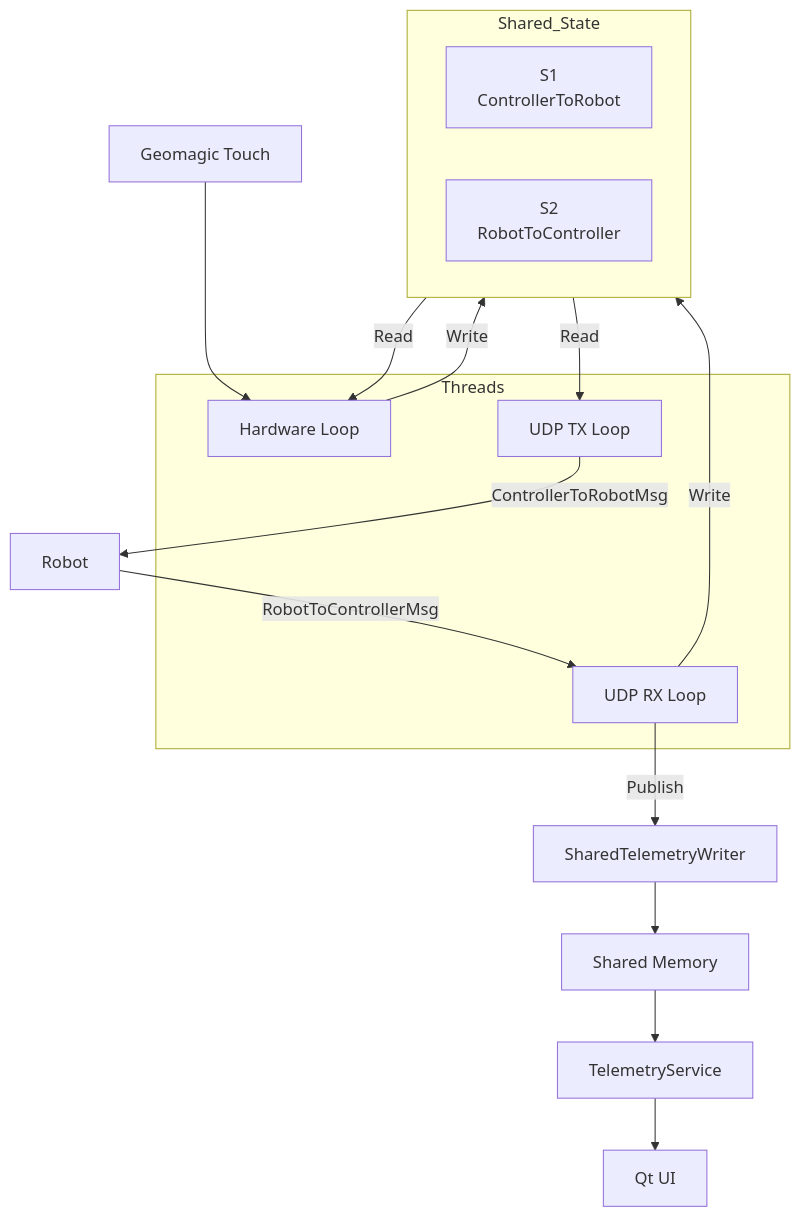
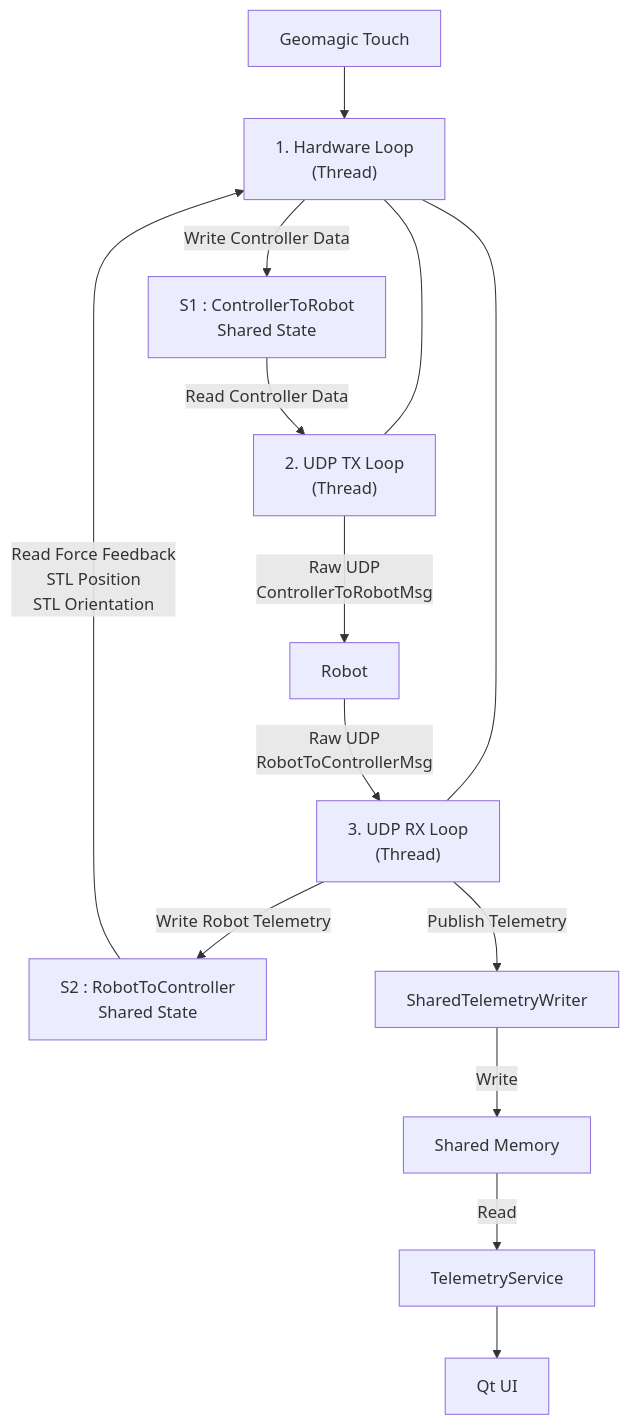
Before and after one commit to saranyas-creator/TeleRobotics-Command: the second of 2 diagrams in teleop.md, drawn with Mermaid. The commit also changed other lines of this file, not shown here.

````diff
--- a/teleop.md
+++ b/teleop.md
@@ -69,39 +64,44 @@
 ```mermaid
 flowchart TB
 
+    %% External Components
     J[Geomagic Touch]
-
-    subgraph Threads
-        H["Hardware Loop"]
-        TX["UDP TX Loop"]
-        RX["UDP RX Loop"]
-    end
-
-    subgraph Shared_State
-        direction LR
-        S1["S1<br/>ControllerToRobot"]
-        S2["S2<br/>RobotToController"]
-    end
-
     R[Robot]
 
+    %% Threads
+    H["1. Hardware Loop<br/>(Thread)"]
+    TX["2. UDP TX Loop<br/>(Thread)"]
+    RX["3. UDP RX Loop<br/>(Thread)"]
+
+    %% Shared States
+    S1["S1 : ControllerToRobot<br/>Shared State"]
+    S2["S2 : RobotToController<br/>Shared State"]
+
+    %% Shared Memory
     STW["SharedTelemetryWriter"]
     SHM["Shared Memory"]
     TS["TelemetryService"]
     UI["Qt UI"]
 
+    %% Layout
     J --> H
 
-    H -->|Write| S1
-    S1 -->|Read| TX
-    TX -->|ControllerToRobotMsg| R
+    H --- TX
+    H --- RX
 
-    R -->|RobotToControllerMsg| RX
-    RX -->|Write| S2
-    S2 -->|Read| H
+    %% Controller Data
+    H -->|Write Controller Data| S1
+    S1 -->|Read Controller Data| TX
+    TX -->|Raw UDP<br/>ControllerToRobotMsg| R
 
-    RX -->|Publish| STW
-    STW --> SHM
-    SHM --> TS
+    %% Robot Telemetry
+    R -->|Raw UDP<br/>RobotToControllerMsg| RX
+    RX -->|Write Robot Telemetry| S2
+    S2 -->|Read Force Feedback<br/>STL Position<br/>STL Orientation| H
+
+    %% Shared Memory
+    RX -->|Publish Telemetry| STW
+    STW -->|Write| SHM
+    SHM -->|Read| TS
     TS --> UI
 ```
````
